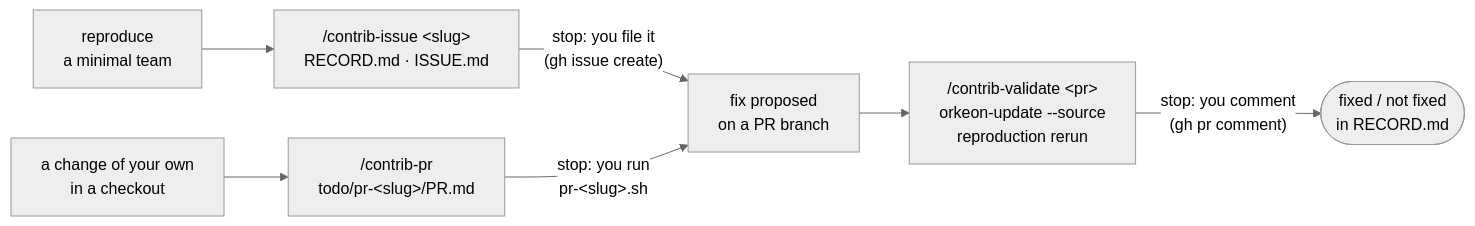
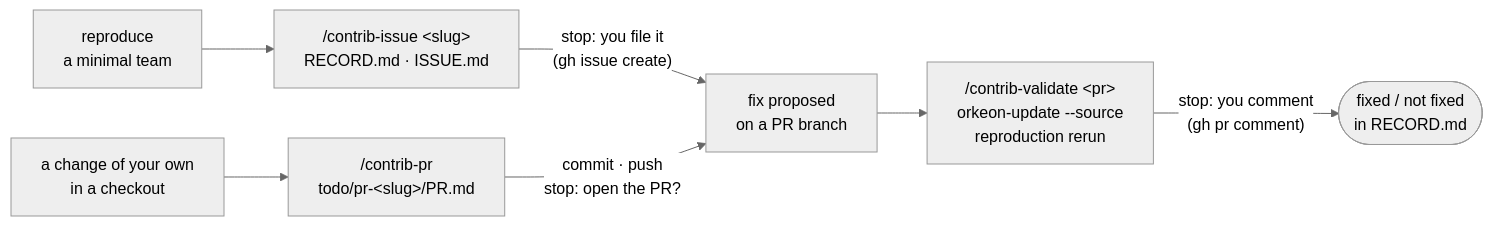
One commit to Orkeon/orkeon-workshop changed the diagram in docs/workflows/contribute.md. Above: the diagram before and after it, drawn with Mermaid (neutral theme). The commit also changed other lines of this file and 168 other files, not shown here.

First line of the commit message:
Lot 14: batches in independent agents (D70), commit and push by the harness (D71), and the workshop migrated to Orkeon main ad6dc63

````diff
--- a/docs/workflows/contribute.md
+++ b/docs/workflows/contribute.md
@@ -16,9 +18,9 @@
 ```mermaid
 flowchart LR
     r["reproduce<br/>a minimal team"] --> i["/contrib-issue &lt;slug&gt;<br/>RECORD.md · ISSUE.md"]
     i -->|"stop: you file it<br/>(gh issue create)"| f["fix proposed<br/>on a PR branch"]
     f --> v["/contrib-validate &lt;pr&gt;<br/>orkeon-update --source<br/>reproduction rerun"]
     v -->|"stop: you comment<br/>(gh pr comment)"| d(["fixed / not fixed<br/>in RECORD.md"])
     c["a change of your own<br/>in a checkout"] --> p["/contrib-pr<br/>todo/pr-&lt;slug&gt;/PR.md"]
-    p -->|"stop: you run<br/>pr-&lt;slug&gt;.sh"| f
+    p -->|"commit · push<br/>stop: open the PR?"| f
 ```
````
